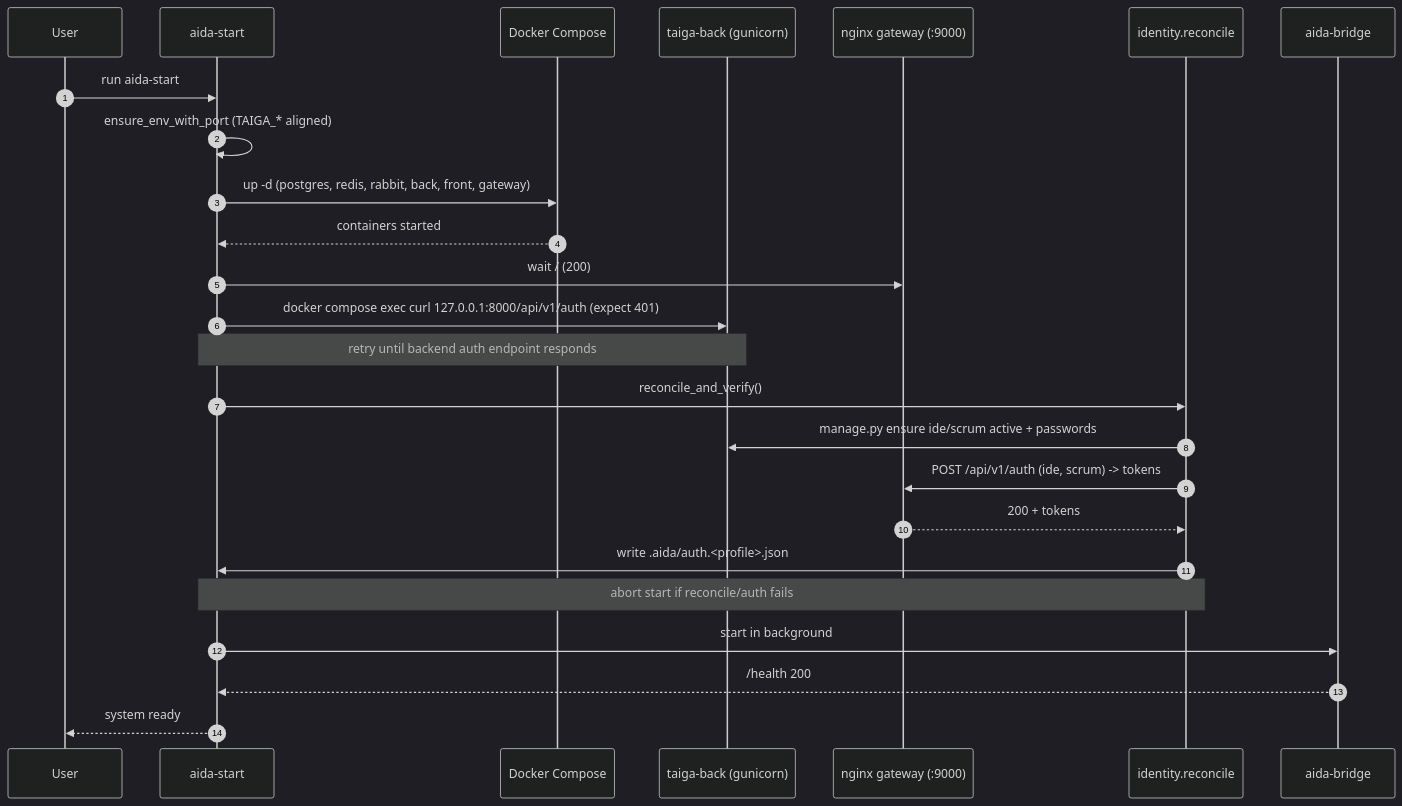
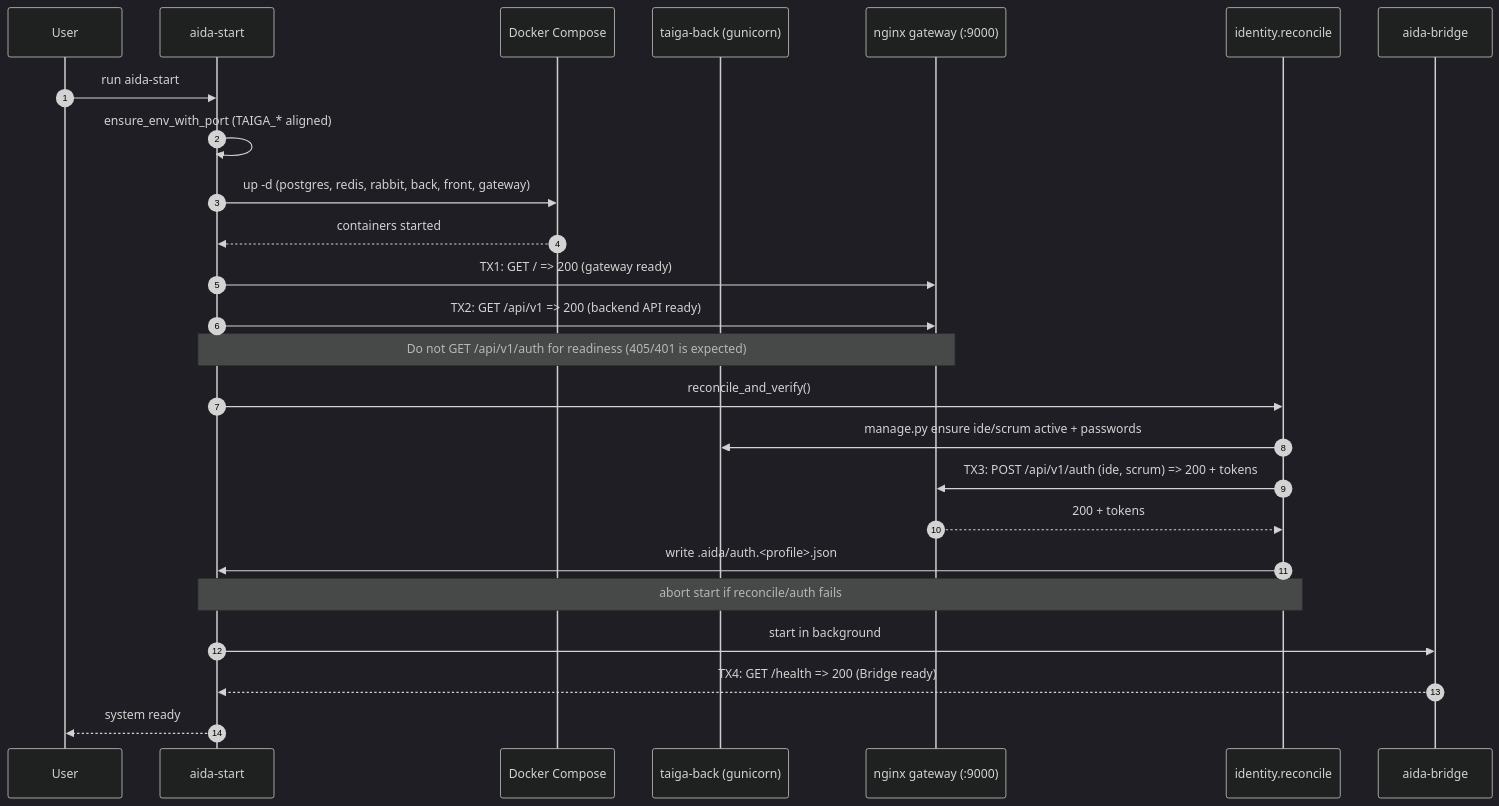
One commit to semiuniversal/aidamatic changed the diagram in doc/startup_taiga.md. Above: the diagram before and after it, drawn with Mermaid (dark theme). The commit also changed 6 other files, not shown here.

````diff
--- a/doc/startup_taiga.md
+++ b/doc/startup_taiga.md
@@ -1,30 +1,30 @@
 ```mermaid
 sequenceDiagram
     autonumber
     participant User as User
     participant Start as aida-start
     participant Compose as Docker Compose
     participant Back as taiga-back (gunicorn)
     participant Gwy as nginx gateway (:9000)
     participant Reconcile as identity.reconcile
     participant Bridge as aida-bridge
 
     User->>Start: run aida-start
     Start->>Start: ensure_env_with_port (TAIGA_* aligned)
     Start->>Compose: up -d (postgres, redis, rabbit, back, front, gateway)
     Compose-->>Start: containers started
-    Start->>Gwy: wait / (200)
-    Start->>Back: docker compose exec curl 127.0.0.1:8000/api/v1/auth (expect 401)
-    Note over Start,Back: retry until backend auth endpoint responds
+    Start->>Gwy: TX1: GET /  => 200 (gateway ready)
+    Start->>Gwy: TX2: GET /api/v1  => 200 (backend API ready)
+    Note over Start,Gwy: Do not GET /api/v1/auth for readiness (405/401 is expected)
 
     Start->>Reconcile: reconcile_and_verify()
     Reconcile->>Back: manage.py ensure ide/scrum active + passwords
-    Reconcile->>Gwy: POST /api/v1/auth (ide, scrum) -> tokens
+    Reconcile->>Gwy: TX3: POST /api/v1/auth (ide, scrum) => 200 + tokens
     Gwy-->>Reconcile: 200 + tokens
     Reconcile->>Start: write .aida/auth.<profile>.json
     Note over Start,Reconcile: abort start if reconcile/auth fails
 
     Start->>Bridge: start in background
-    Bridge-->>Start: /health 200
+    Bridge-->>Start: TX4: GET /health  => 200 (Bridge ready)
     Start-->>User: system ready
 ```
````
